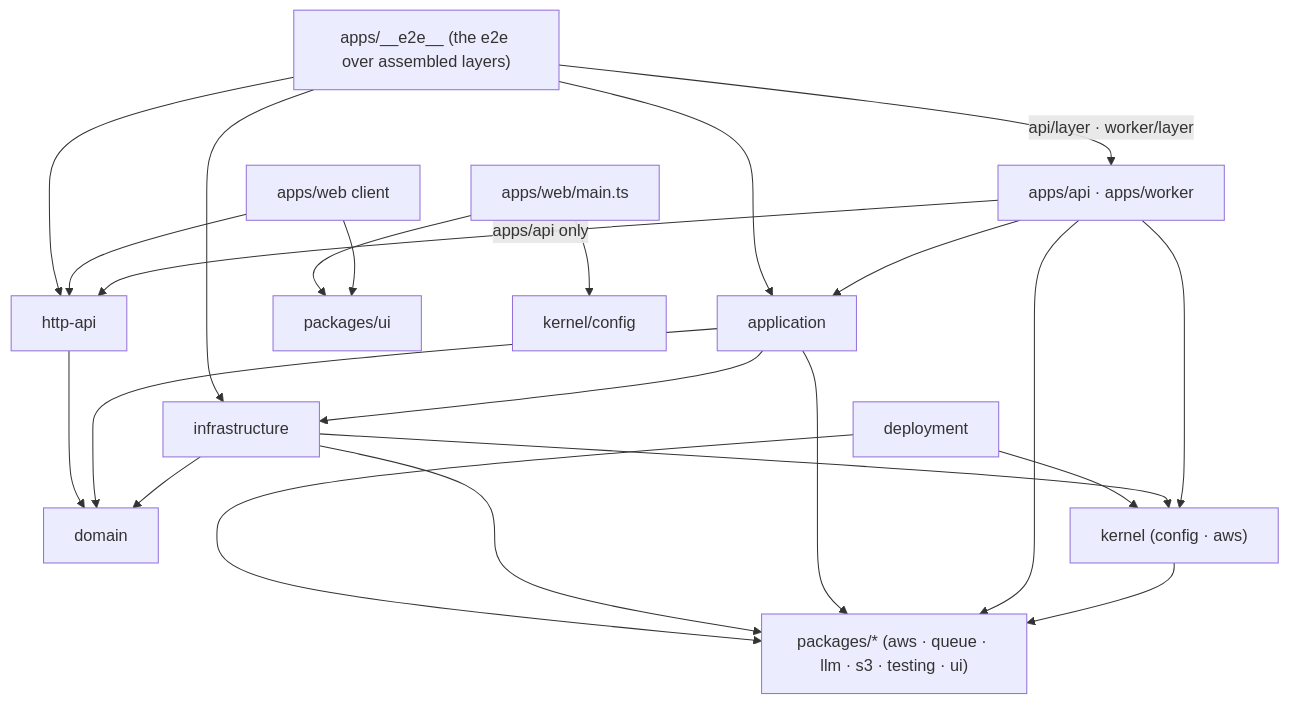
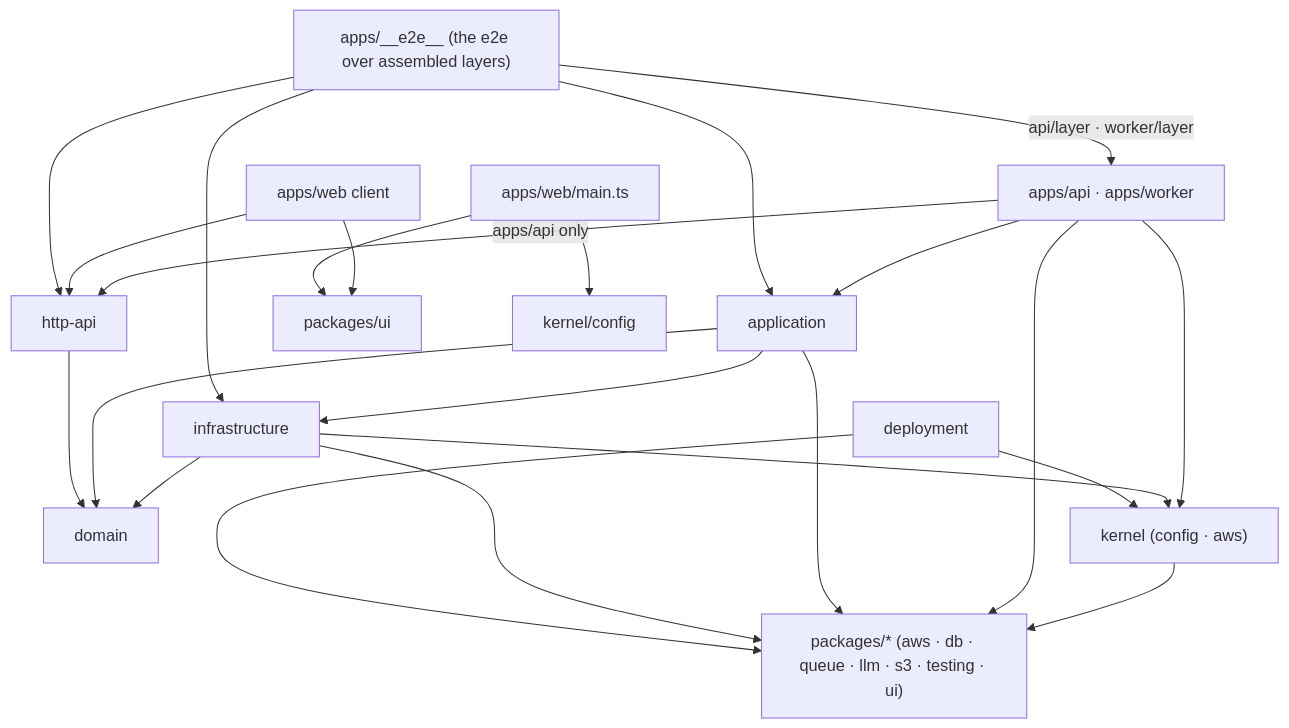
One commit to khotei/app-template changed the diagram in docs/knowledge/architecture.md. Above: the diagram before and after it, drawn with Mermaid. The commit also changed other lines of this file and 58 other files, not shown here.

````diff
--- a/docs/knowledge/architecture.md
+++ b/docs/knowledge/architecture.md
@@ -12,25 +12,25 @@
 ```mermaid
 graph TD
   apps["apps/api · apps/worker"] --> application
   application --> infrastructure
   infrastructure --> domain
   application --> domain
   apps -->|"apps/api only"| httpApi["http-api"]
   httpApi --> domain
   apps --> kernel["kernel (config · aws)"]
   infrastructure --> kernel
   kernel --> packages
-  apps --> packages["packages/* (aws · queue · llm · s3 · testing · ui)"]
+  apps --> packages["packages/* (aws · db · queue · llm · s3 · testing · ui)"]
   application --> packages
   infrastructure --> packages
   web["apps/web client"] --> httpApi
   web --> ui["packages/ui"]
   webMain["apps/web/main.ts"] --> ui
   webMain --> config["kernel/config"]
   deployment --> kernel
   deployment --> packages
   e2e["apps/__e2e__ (the e2e over assembled layers)"] -->|"api/layer · worker/layer"| apps
   e2e --> httpApi
   e2e --> application
   e2e --> infrastructure
 ```
````
